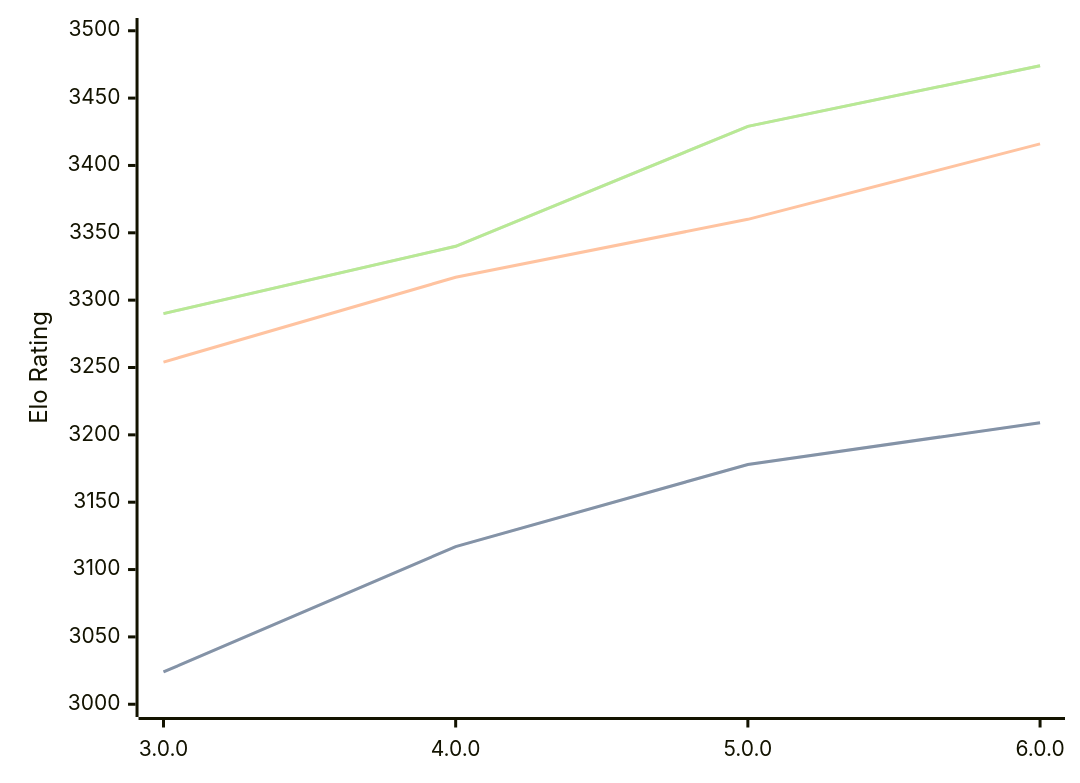
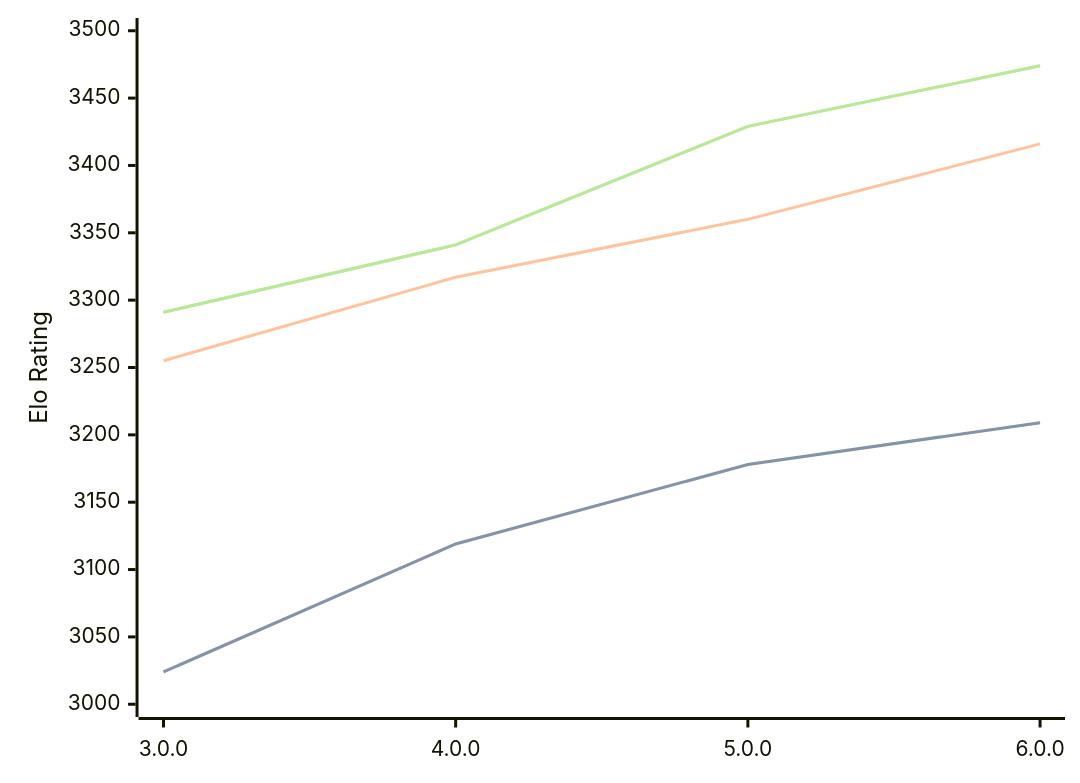
Before and after one commit to computer-chess-index/cci: the diagram in engines/Minke.md, drawn with Mermaid. The commit also changed other lines of this file, not shown here.

Commit message:
Update CCI Ratings (ELO VLTC) - 2026-05-03

````diff
--- a/engines/Minke.md
+++ b/engines/Minke.md
@@ -36,11 +36,11 @@
 ```mermaid
 %%{init: {"theme":"base","themeVariables":{"seriesColors:['#a3a3a3','#222221','#faa371']}}}%%
 xychart-beta
   x-axis ["3.0.0", "4.0.0", "5.0.0", "6.0.0"]
   y-axis "Elo Rating" 3000 --> 3500
-  line "STC (8.0+0.08s)" [3024, 3117, 3178, 3209]
-  line "STC (8.0+0.08s)" [3024, 3117, 3178, 3209]
-  line "LTC (60.0+0.60s)" [3254, 3317, 3360, 3416]
-  line "VLTC (2m24s+1.12s)" [3290, 3340, 3429, 3474]
-  line "VLTC (2m24s+1.12s)" [3290, 3340, 3429, 3474]
+  line "STC (8.0+0.08s)" [3024, 3119, 3178, 3209]
+  line "STC (8.0+0.08s)" [3024, 3119, 3178, 3209]
+  line "LTC (60.0+0.60s)" [3255, 3317, 3360, 3416]
+  line "VLTC (2m24s+1.12s)" [3291, 3341, 3429, 3474]
+  line "VLTC (2m24s+1.12s)" [3291, 3341, 3429, 3474]
 ```
````
